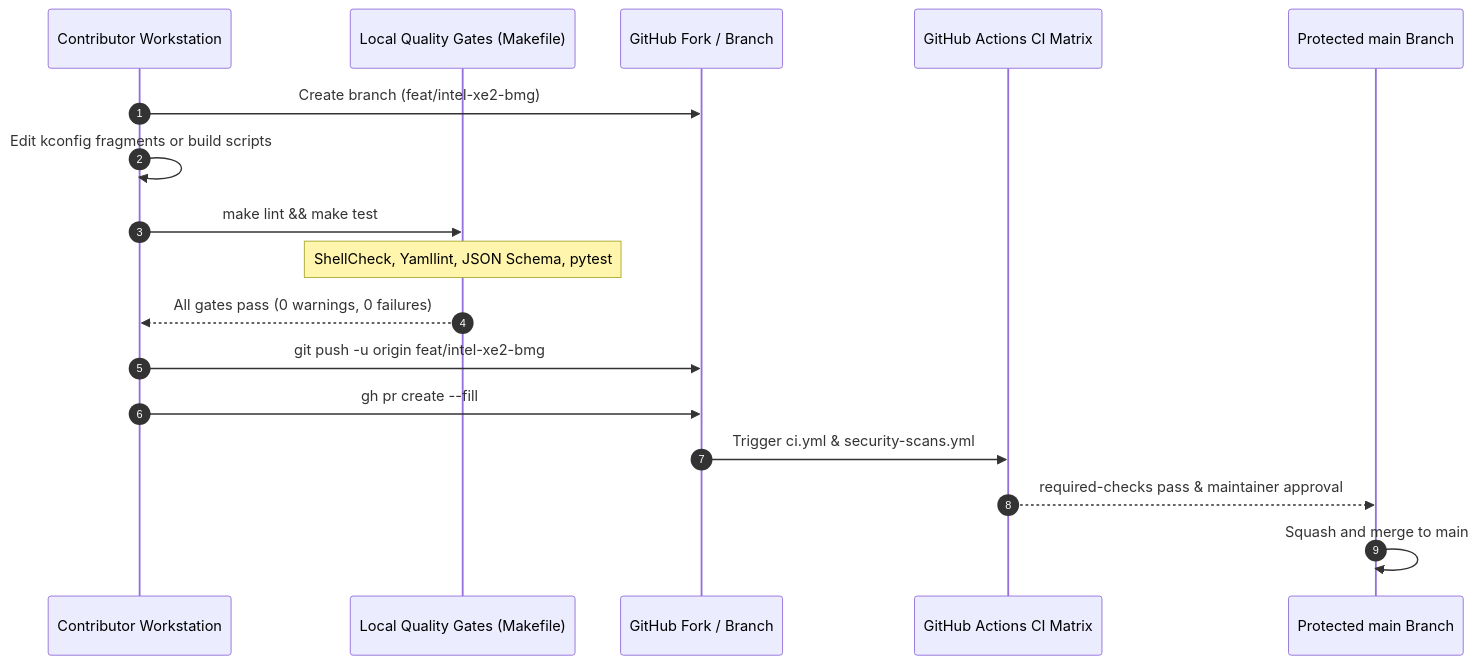
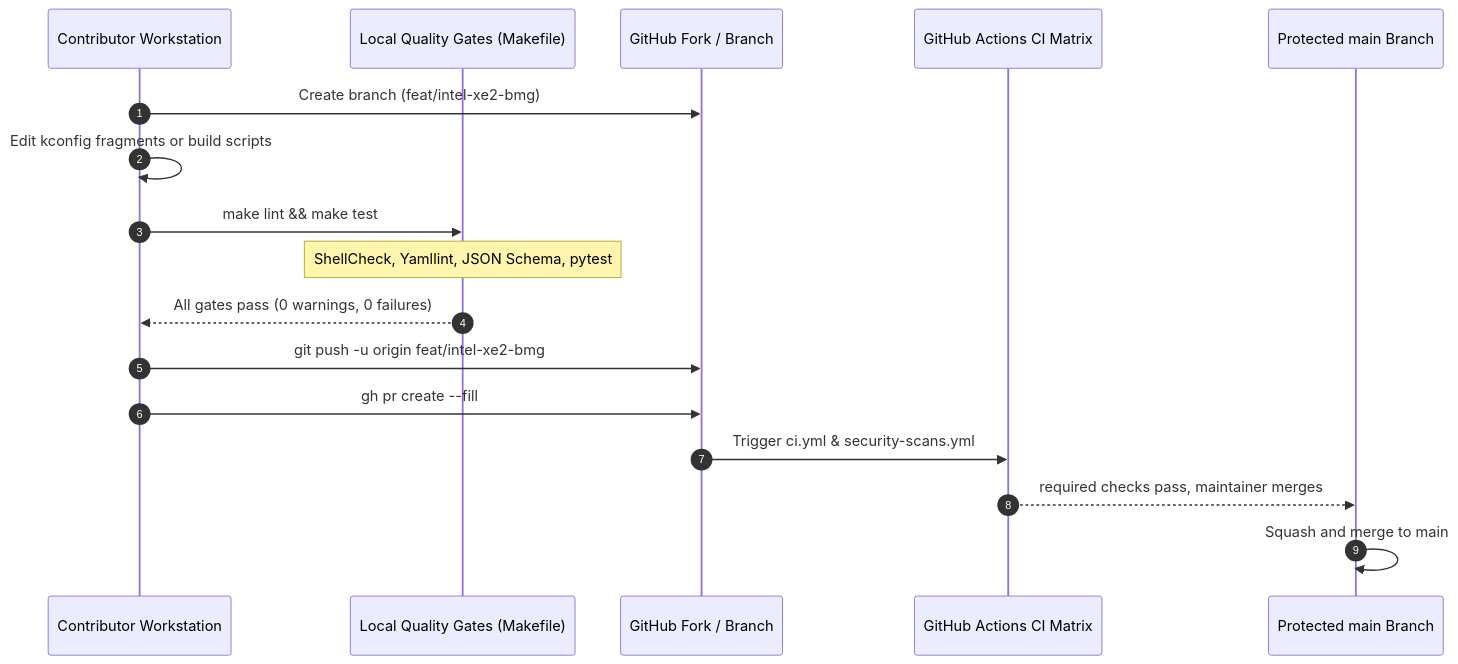
Before and after one commit to cordanaLLM/nucleus: the diagram in CONTRIBUTING.md, drawn with Mermaid. The commit also changed other lines of this file and 33 other files, not shown here.

````diff
--- a/CONTRIBUTING.md
+++ b/CONTRIBUTING.md
@@ -24,20 +24,20 @@
 ```mermaid
 sequenceDiagram
     autonumber
     participant Contributor as Contributor Workstation
     participant Local as Local Quality Gates (Makefile)
     participant Origin as GitHub Fork / Branch
     participant CI as GitHub Actions CI Matrix
     participant Main as Protected main Branch
 
     Contributor->>Origin: Create branch (feat/intel-xe2-bmg)
     Contributor->>Contributor: Edit kconfig fragments or build scripts
     Contributor->>Local: make lint && make test
     Note over Local: ShellCheck, Yamllint, JSON Schema, pytest
     Local-->>Contributor: All gates pass (0 warnings, 0 failures)
     Contributor->>Origin: git push -u origin feat/intel-xe2-bmg
     Contributor->>Origin: gh pr create --fill
     Origin->>CI: Trigger ci.yml & security-scans.yml
-    CI-->>Main: required-checks pass & maintainer approval
+    CI-->>Main: required checks pass, maintainer merges
     Main->>Main: Squash and merge to main
 ```
````
